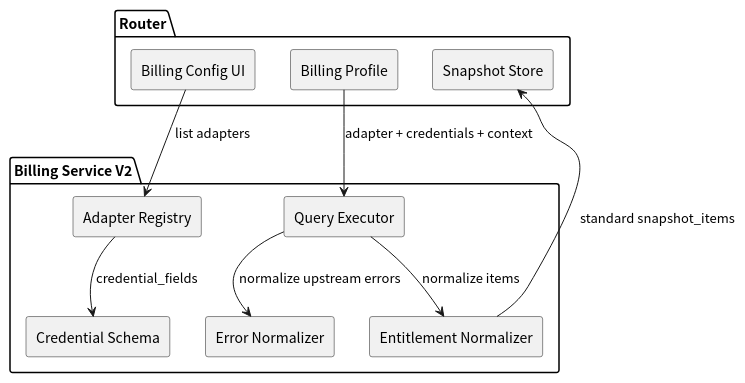
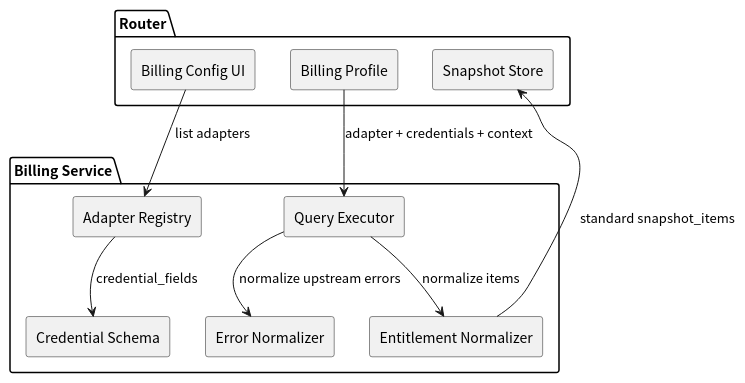
The second of 2 diagrams in docs/路由架构V2.md (haiqinma/router), drawn with PlantUML before and after one commit. The commit also changed other lines of this file and 1 other file, not shown here.

````diff
--- a/docs/路由架构V2.md
+++ b/docs/路由架构V2.md
@@ -147,28 +187,28 @@
 ```plantuml
 @startuml
 skinparam componentStyle rectangle
 skinparam shadowing false
 skinparam defaultFontName "Noto Sans CJK SC"
 
-package "Billing Service V2" {
+package "Billing Service" {
   [Adapter Registry] as registry
   [Credential Schema] as credential
   [Query Executor] as executor
   [Error Normalizer] as errors
   [Entitlement Normalizer] as entitlement
 }
 
 package "Router" {
   [Billing Config UI] as ui
   [Billing Profile] as profile
   [Snapshot Store] as snapshot
 }
 
 ui --> registry : list adapters
 registry --> credential : credential_fields
 profile --> executor : adapter + credentials + context
 executor --> errors : normalize upstream errors
 executor --> entitlement : normalize items
 entitlement --> snapshot : standard snapshot_items
 @enduml
 ```
````
